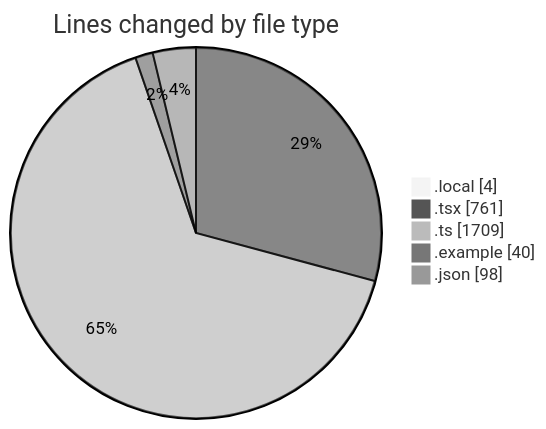
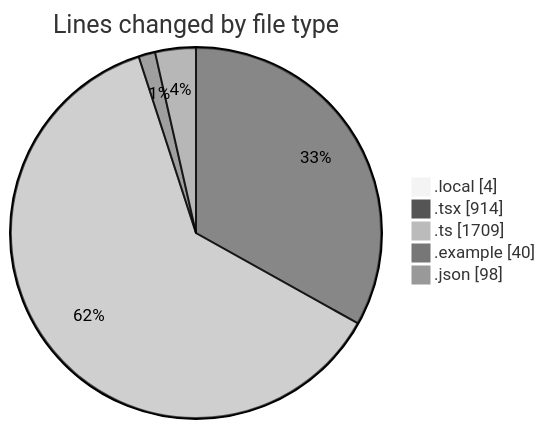
One commit to julien-gomy/code-tracking changed the first of 2 diagrams in 2025-11-20/eventscop-frontend-guide__workspace_/README.md. Above: the diagram before and after it, drawn with Mermaid (neutral theme). The commit also changed other lines of this file and 1 other file, not shown here.

````diff
--- a/2025-11-20/eventscop-frontend-guide__workspace_/README.md
+++ b/2025-11-20/eventscop-frontend-guide__workspace_/README.md
@@ -50,9 +51,9 @@
 ```mermaid
 pie showData
 title Lines changed by file type
 ".local" : 4
-".tsx" : 761
+".tsx" : 914
 ".ts" : 1709
 ".example" : 40
 ".json" : 98
 ```
````
